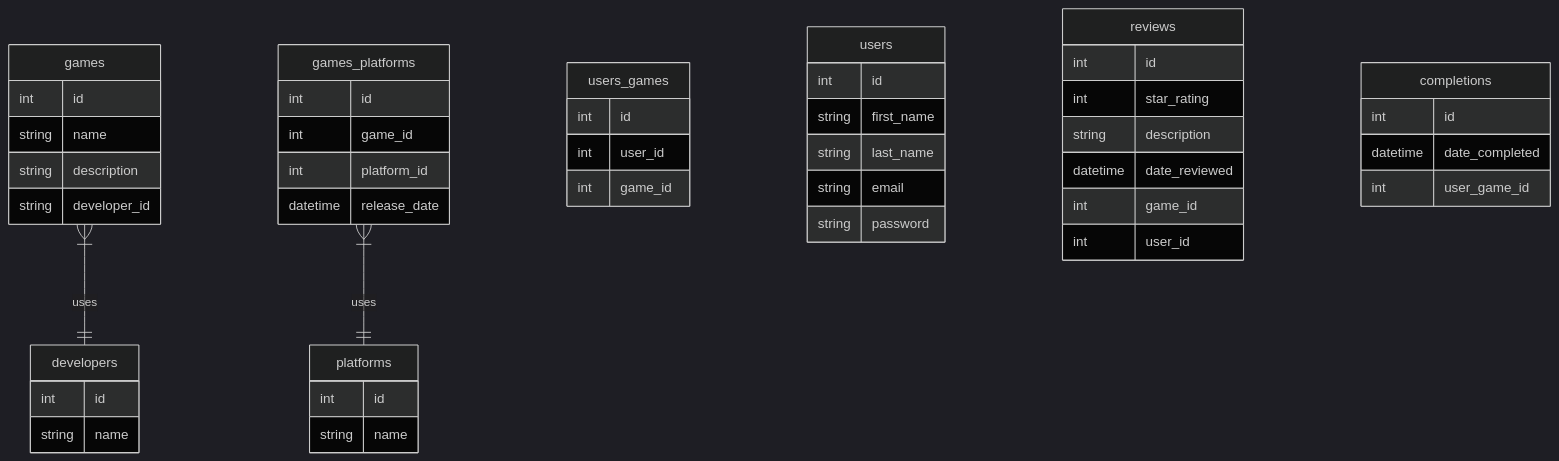
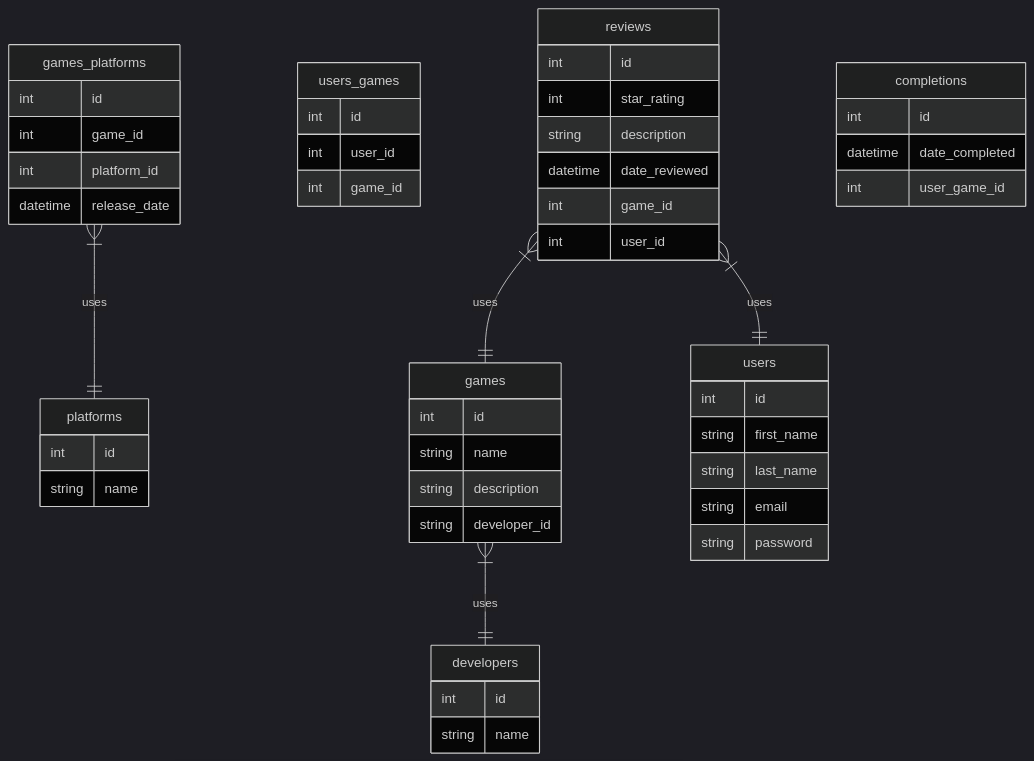
The second of 2 diagrams in README.md (Haikira/VGLogger), drawn with Mermaid before and after one commit.

````diff
--- a/README.md
+++ b/README.md
@@ -42,55 +42,57 @@
 ``` mermaid
 %%{init: {'theme': 'dark' } }%%
 
 erDiagram
 
         games {
                 int id
                 string name                
                 string description
                 string developer_id
         }
         platforms {
                 int id
                 string name                
         }
         games_platforms {
                 int id
                 int game_id
                 int platform_id
                 datetime release_date
         }
         users_games {
                 int id
                 int user_id
                 int game_id
         }
         users {
                 int id
                 string first_name
                 string last_name
                 string email
                 string password
         }
         developers {
                 int id
                 string name
         }
         reviews {
                 int id
                 int star_rating
                 string description
                 datetime date_reviewed
                 int game_id
                 int user_id
         }
         completions {
                 int id
                 datetime date_completed
                 int user_game_id
         }
         
         games }|--|| developers: "uses"
         games_platforms }|--|| platforms: "uses"
+        reviews }|--|| games: "uses"
+        reviews }|--|| users: "uses"
 
 ```
````
